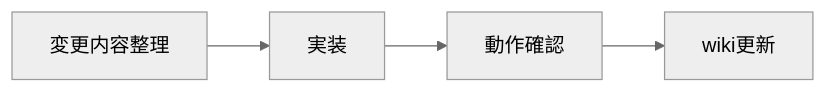
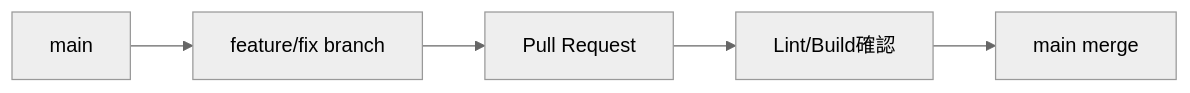
The diagram in wiki/10-コントリビューションガイド.md (lego0509/campus-ai), drawn with Mermaid (neutral theme) before and after one commit. The commit also changed other lines of this file and 17 other files, not shown here.

````diff
--- a/wiki/10-コントリビューションガイド.md
+++ b/wiki/10-コントリビューションガイド.md
@@ -50,6 +52,7 @@
 ```mermaid
 flowchart LR
-  Plan[変更内容整理] --> Code[実装]
-  Code --> Verify[動作確認]
-  Verify --> Doc[wiki更新]
+  M[main] --> F[feature/fix branch]
+  F --> PR[Pull Request]
+  PR --> CI[Lint/Build確認]
+  CI --> M2[main merge]
 ```
````
